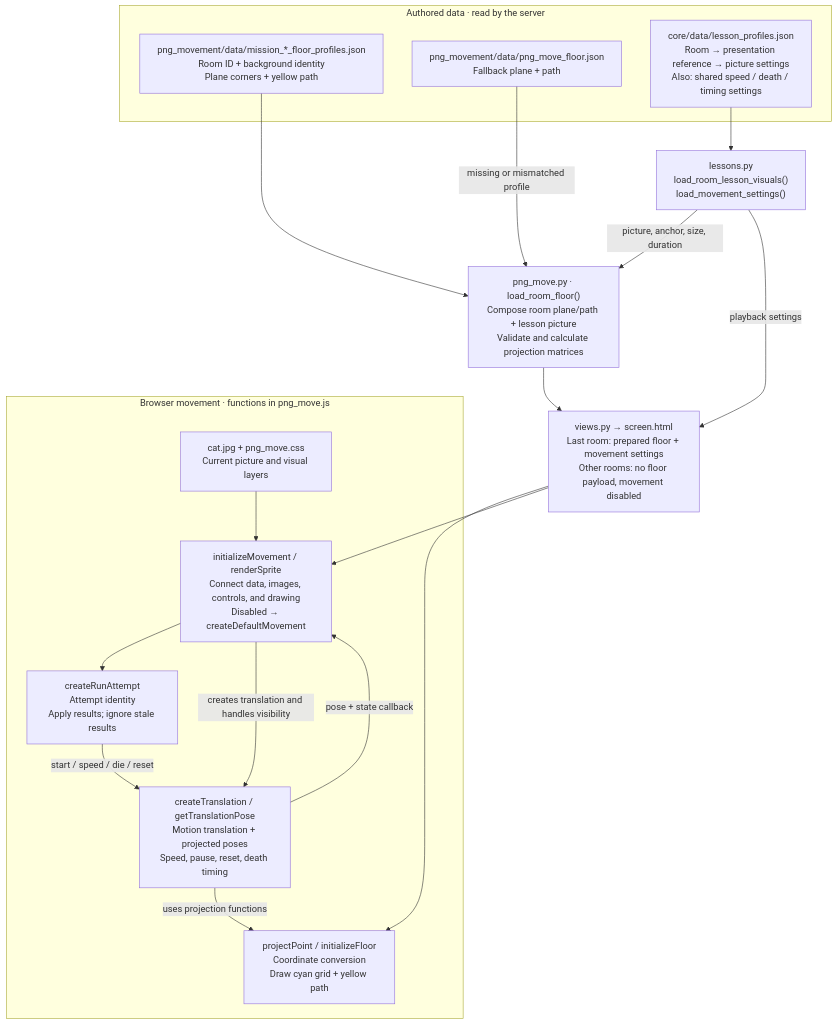
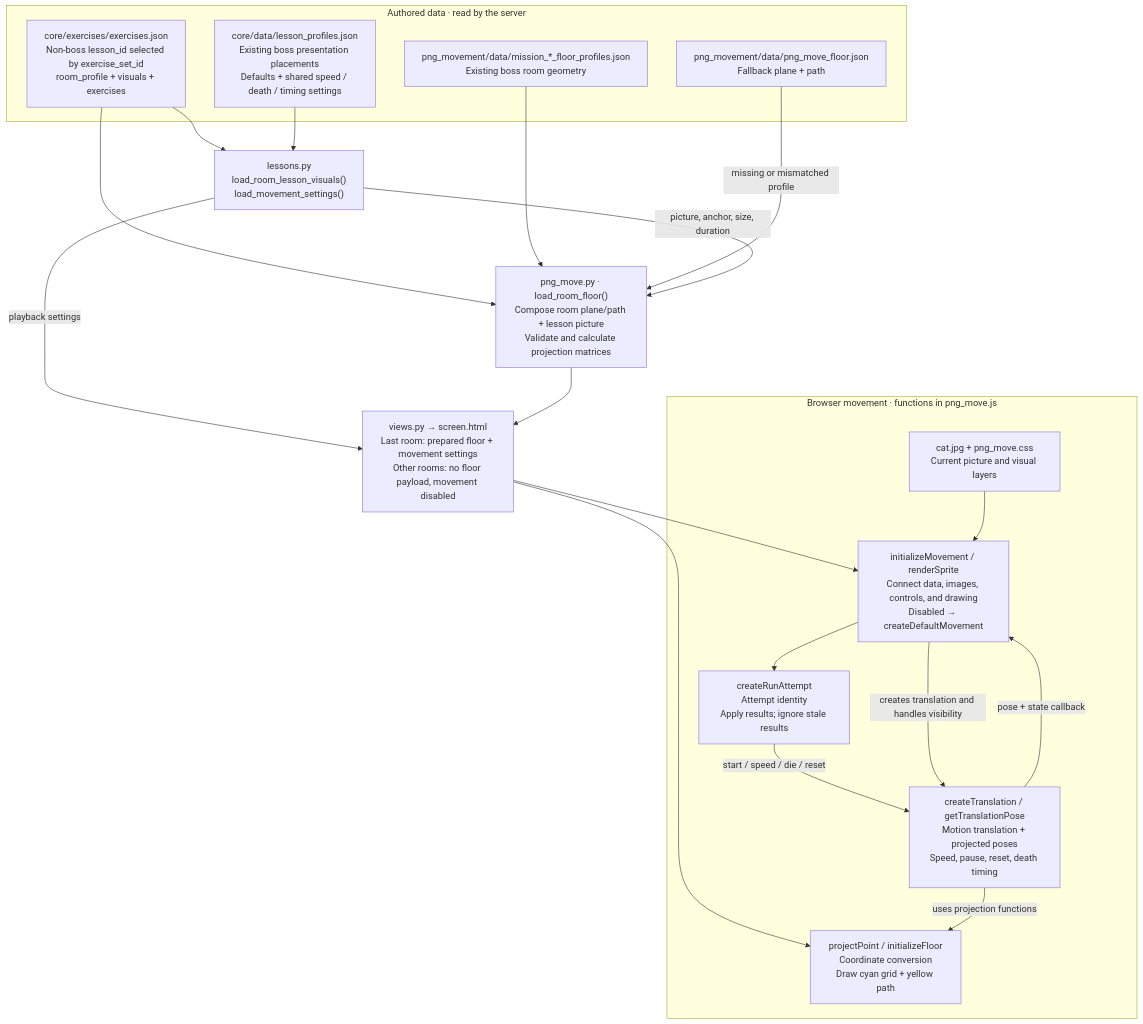
The second of 3 diagrams in project/docs/architecture.md (UCCS-CS4300-5300/group3-fall2026), drawn with Mermaid before and after one commit. The commit also changed other lines of this file and 23 other files, not shown here.

Commit message:
Combine most Json data to Other new behavior. Removed debug UI

````diff
--- a/project/docs/architecture.md
+++ b/project/docs/architecture.md
@@ -55,35 +55,38 @@
 ```mermaid
 flowchart TB
     subgraph DATA["Authored data · read by the server"]
-        ROOMDATA["png_movement/data/mission_*_floor_profiles.json<br/>Room ID + background identity<br/>Plane corners + yellow path"]
+        ROOMDATA["core/exercises/exercises.json<br/>Non-boss lesson_id selected by exercise_set_id<br/>room_profile + visuals + exercises"]
+        BOSSDATA["png_movement/data/mission_*_floor_profiles.json<br/>Existing boss room geometry"]
         DEFAULT["png_movement/data/png_move_floor.json<br/>Fallback plane + path"]
-        VISUAL["core/data/lesson_profiles.json<br/>Room → presentation reference → picture settings<br/>Also: shared speed / death / timing settings"]
+        VISUAL["core/data/lesson_profiles.json<br/>Existing boss presentation placements<br/>Defaults + shared speed / death / timing settings"]
     end
 
     PY["png_move.py · load_room_floor()<br/>Compose room plane/path + lesson picture<br/>Validate and calculate projection matrices"]
     LESSON["lessons.py<br/>load_room_lesson_visuals()<br/>load_movement_settings()"]
     GATE["views.py → screen.html<br/>Last room: prepared floor + movement settings<br/>Other rooms: no floor payload, movement disabled"]
 
     subgraph BROWSER["Browser movement · functions in png_move.js"]
         GEOMETRY["projectPoint / initializeFloor<br/>Coordinate conversion<br/>Draw cyan grid + yellow path"]
         PREVIEW["initializeMovement / renderSprite<br/>Connect data, images, controls, and drawing<br/>Disabled → createDefaultMovement"]
         ENCOUNTER["createRunAttempt<br/>Attempt identity<br/>Apply results; ignore stale results"]
         PLAYBACK["createTranslation / getTranslationPose<br/>Motion translation + projected poses<br/>Speed, pause, reset, death timing"]
         SPRITE["cat.jpg + png_move.css<br/>Current picture and visual layers"]
     end
 
     ROOMDATA --> PY
+    ROOMDATA --> LESSON
+    BOSSDATA --> PY
     DEFAULT -->|"missing or mismatched profile"| PY
     VISUAL --> LESSON
     LESSON -->|"picture, anchor, size, duration"| PY
     LESSON -->|"playback settings"| GATE
     PY --> GATE
     GATE --> GEOMETRY
     GATE --> PREVIEW
     PREVIEW --> ENCOUNTER
     ENCOUNTER -->|"start / speed / die / reset"| PLAYBACK
     PREVIEW -->|"creates translation and handles visibility"| PLAYBACK
     PLAYBACK -->|"uses projection functions"| GEOMETRY
     PLAYBACK -->|"pose + state callback"| PREVIEW
     SPRITE --> PREVIEW
 ```
````
